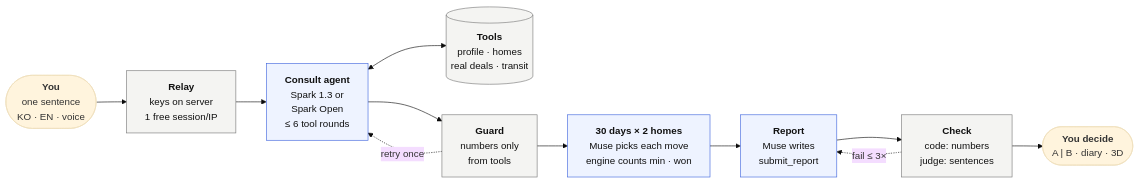
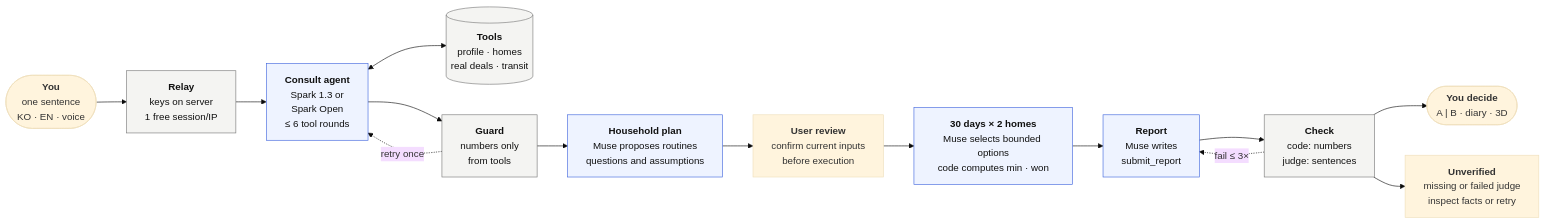
The diagram in docs/agent-workflow.mmd (halo-sw/ithaca), drawn with Mermaid (base theme) before and after one commit. The commit also changed 71 other files, not shown here.

Commit message:
47: review household plans before live simulation and fail closed on unverified reports (Muse Code)

```diff
--- a/docs/agent-workflow.mmd
+++ b/docs/agent-workflow.mmd
@@ -1,15 +1,18 @@
 flowchart LR
   U(["<b>You</b><br/>one sentence<br/>KO · EN · voice"]) --> R["<b>Relay</b><br/>keys on server<br/>1 free session/IP"]
   R --> A["<b>Consult agent</b><br/>Spark 1.3 or<br/>Spark Open<br/>≤ 6 tool rounds"]
   A <--> T[("<b>Tools</b><br/>profile · homes<br/>real deals · transit")]
   A --> G["<b>Guard</b><br/>numbers only<br/>from tools"]
   G -. "retry once" .-> A
-  G --> L["<b>30 days × 2 homes</b><br/>Muse picks each move<br/>engine counts min · won"]
+  G --> H["<b>Household plan</b><br/>Muse proposes routines<br/>questions and assumptions"]
+  H --> F["<b>User review</b><br/>confirm current inputs<br/>before execution"]
+  F --> L["<b>30 days × 2 homes</b><br/>Muse selects bounded options<br/>code computes min · won"]
   L --> P["<b>Report</b><br/>Muse writes<br/>submit_report"]
   P --> C["<b>Check</b><br/>code: numbers<br/>judge: sentences"]
   C -. "fail ≤ 3×" .-> P
   C --> O(["<b>You decide</b><br/>A | B · diary · 3D"])
+  C --> N["<b>Unverified</b><br/>missing or failed judge<br/>inspect facts or retry"]
   classDef muse fill:#eef3ff,stroke:#3d63dd,color:#111;
   classDef code fill:#f4f4f2,stroke:#777,color:#111;
-  class A,L,P muse
+  class A,H,L,P muse
   class R,T,G,C code
```
